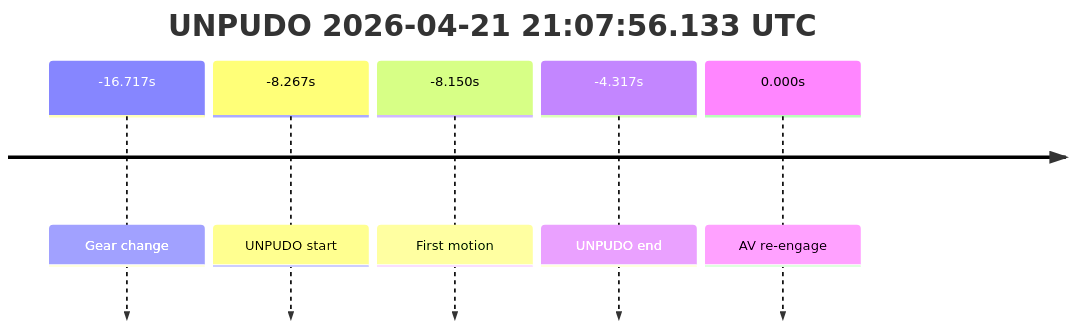
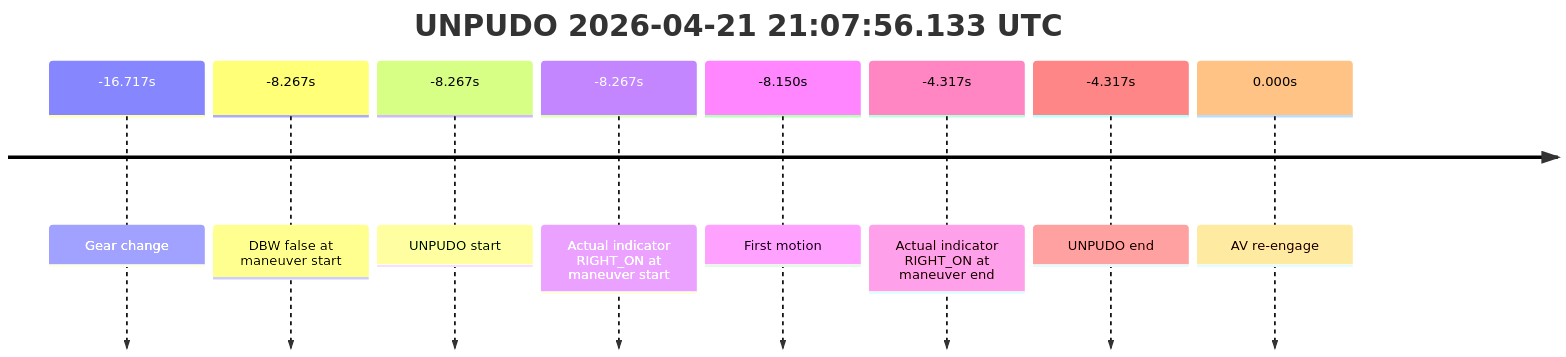
One commit to yoelshapiro/vault changed the fifth of 5 diagrams in model_analysis/report_cards/2026/04/Week-4/fme20009--2026-04-21--20-53-31--gen2-av-c485ff0d-599e-495f-bee7-17c4a854ab52.md. Above: the diagram before and after it, drawn with Mermaid. The commit also changed other lines of this file and 4 other files, not shown here.

````diff
--- a/model_analysis/report_cards/2026/04/Week-4/fme20009--2026-04-21--20-53-31--gen2-av-c485ff0d-599e-495f-bee7-17c4a854ab52.md
+++ b/model_analysis/report_cards/2026/04/Week-4/fme20009--2026-04-21--20-53-31--gen2-av-c485ff0d-599e-495f-bee7-17c4a854ab52.md
@@ -267,9 +330,12 @@
 ```mermaid
 timeline
     title UNPUDO 2026-04-21 21:07:56.133 UTC
     -16.717s : Gear change
+    -8.267s : DBW false at maneuver start
     -8.267s : UNPUDO start
+    -8.267s : Actual indicator RIGHT_ON at maneuver start
     -8.150s : First motion
+    -4.317s : Actual indicator RIGHT_ON at maneuver end
     -4.317s : UNPUDO end
     0.000s : AV re-engage
 ```
````
